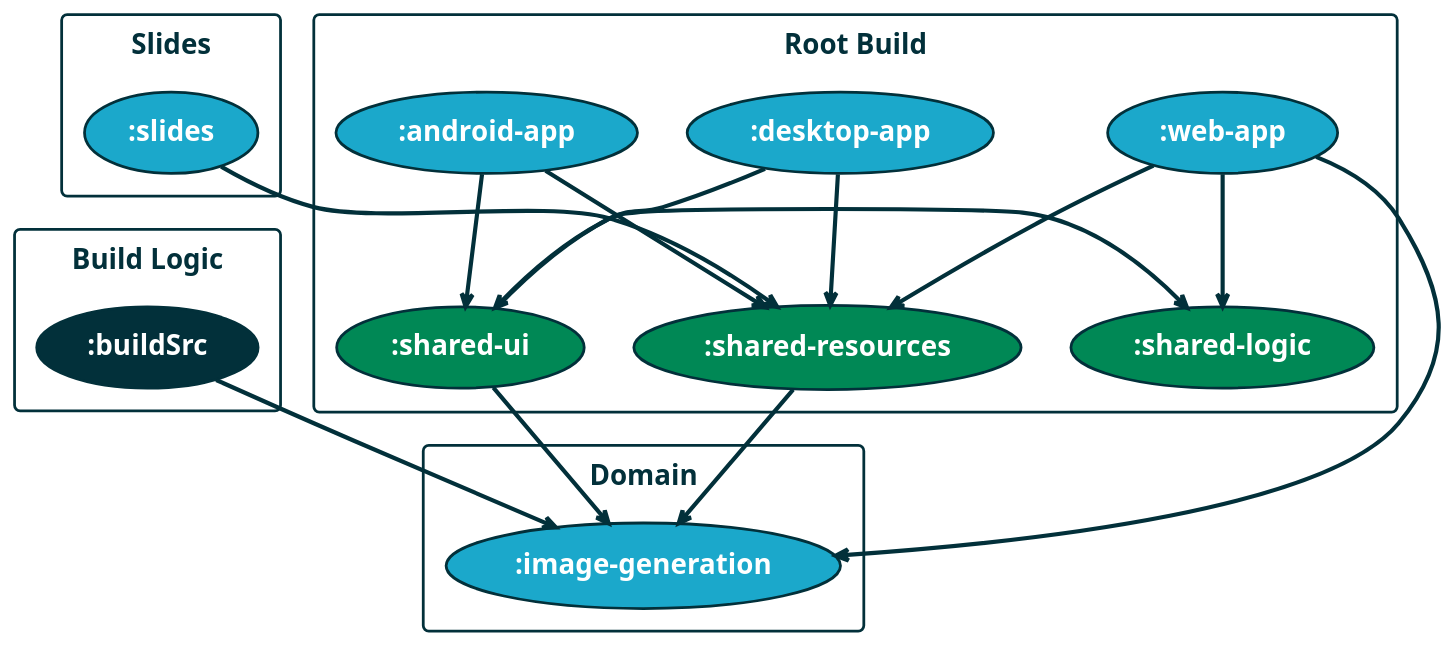
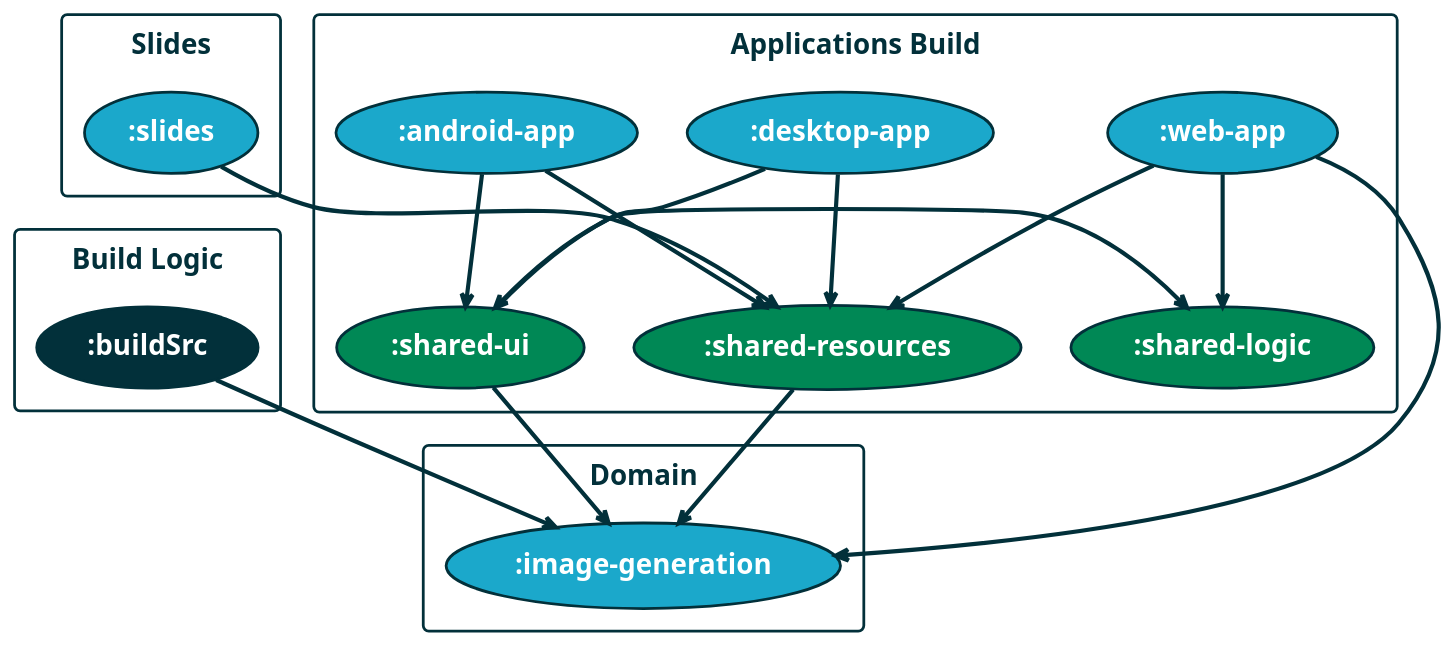
Before and after one commit to gradle/imaginate: the diagram in slides/src/docs/asciidoc/fragments/_diagram_build-logic-graph.adoc, drawn with PlantUML. The commit also changed 3 other files, not shown here.

```diff
--- a/slides/src/docs/asciidoc/fragments/_diagram_build-logic-graph.adoc
+++ b/slides/src/docs/asciidoc/fragments/_diagram_build-logic-graph.adoc
@@ -1,57 +1,57 @@
 [plantuml]
 ....
 @startuml
 !theme spacelab
 skinparam shadowing false
 skinparam defaultFontSize 20
 skinparam defaultFontName Helvetica
 skinparam defaultFontColor white
 skinparam usecase {
   BackgroundColor 1ba8cb
   BorderColor 02303a
   ArrowColor 02303a
 }
 skinparam rectangleFontColor 02303a
 skinparam rectangle {
   BackgroundColor ffffff
   BorderColor 02303a
 }
 top to bottom direction
 rectangle Domain {
     "**:image-generation**" as (imageGeneration)
 }
 rectangle "Build Logic" {
     "**:buildSrc**" as (buildLogic) #02303a
 }
-rectangle "Root Build" {
+rectangle "Applications Build" {
 "**:shared-resources**" as (sharedResources) #008855
 "**:shared-logic**" as (sharedLogic) #008855
 "**:shared-ui**" as (sharedUi) #008855
     "**:web-app**" as (webApp)
     "**:desktop-app**" as (desktopApp)
     "**:android-app**" as (androidApp)
 }
 rectangle Slides {
     "**:slides**" as (slides)
 }
 
 androidApp --> sharedResources
 androidApp --> sharedUi
 
 desktopApp --> sharedResources
 desktopApp --> sharedUi
 
 webApp --> sharedLogic
 webApp --> sharedResources
 webApp --> imageGeneration
 
 slides --> sharedResources
 
 buildLogic --> imageGeneration
 sharedResources --> imageGeneration
 sharedUi -> sharedLogic
 sharedUi -> imageGeneration
 
 
 @enduml
 ....
```
